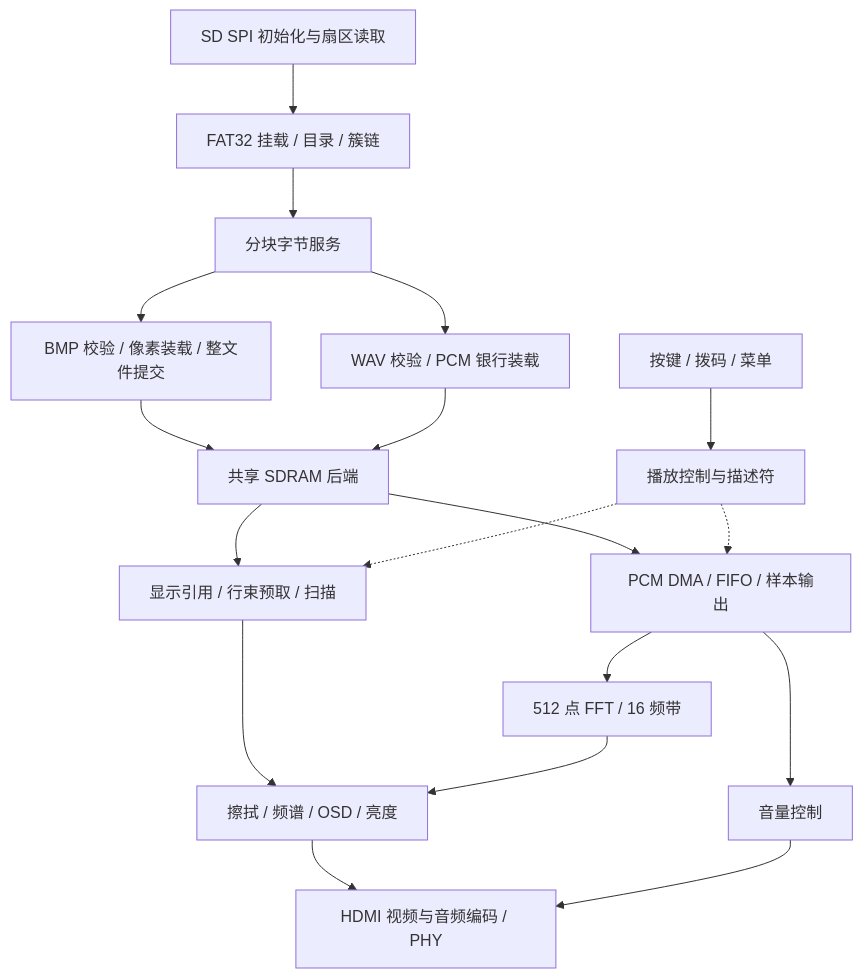
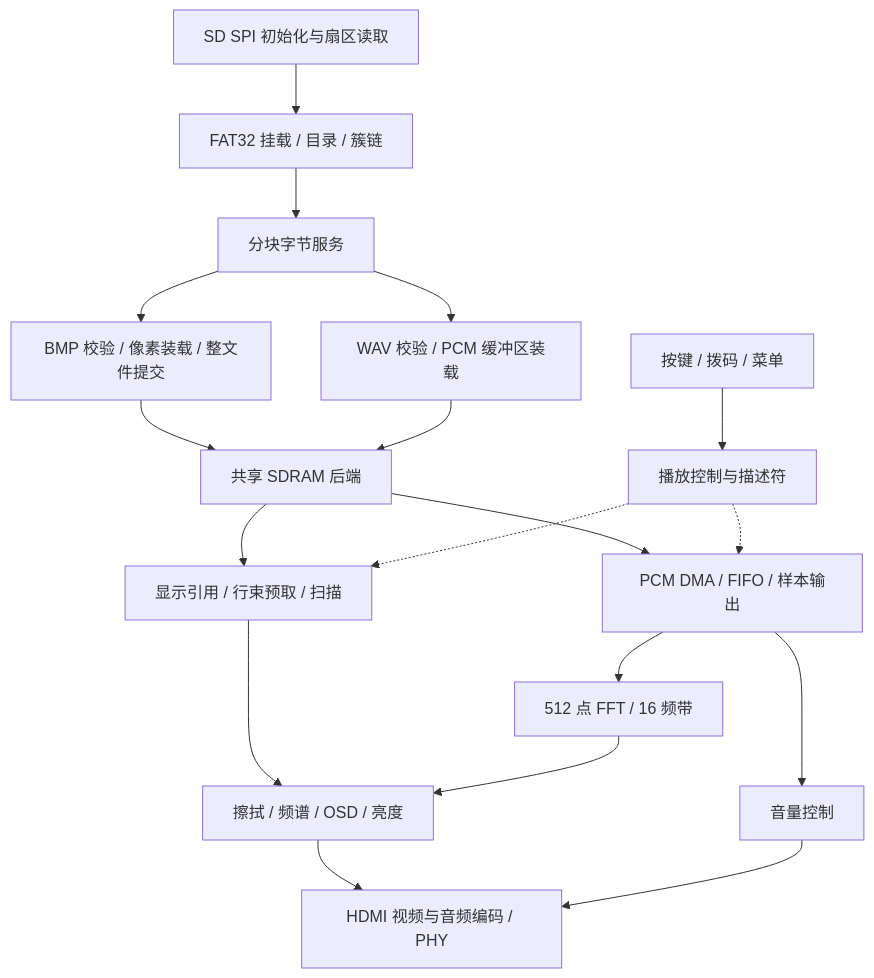
The diagram in docs/TECHNICAL_DESIGN.md (zhwang0127/fpga-hdmi-multimedia-player), drawn with Mermaid before and after one commit. The commit also changed other lines of this file and 1 other file, not shown here.

Commit message:
docs: correct PCM buffer terminology

````diff
--- a/docs/TECHNICAL_DESIGN.md
+++ b/docs/TECHNICAL_DESIGN.md
@@ -17,19 +17,19 @@
 ```mermaid
 flowchart TB
     K["按键 / 拨码 / 菜单"] --> P["播放控制与描述符"]
     SD["SD SPI 初始化与扇区读取"] --> FAT["FAT32 挂载 / 目录 / 簇链"]
     FAT --> F["分块字节服务"]
     F --> B["BMP 校验 / 像素装载 / 整文件提交"]
-    F --> W["WAV 校验 / PCM 银行装载"]
+    F --> W["WAV 校验 / PCM 缓冲区装载"]
     B --> M["共享 SDRAM 后端"]
     W --> M
     M --> V["显示引用 / 行束预取 / 扫描"]
     M --> A["PCM DMA / FIFO / 样本输出"]
     P -.-> V
     P -.-> A
     A --> FFT["512 点 FFT / 16 频带"]
     V --> O["擦拭 / 频谱 / OSD / 亮度"]
     FFT --> O
     O --> H["HDMI 视频与音频编码 / PHY"]
     A --> G["音量控制"] --> H
 ```
````
